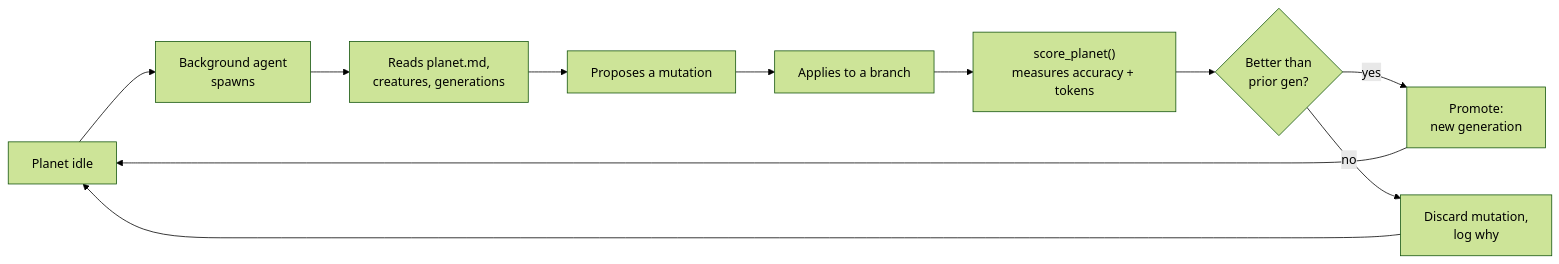
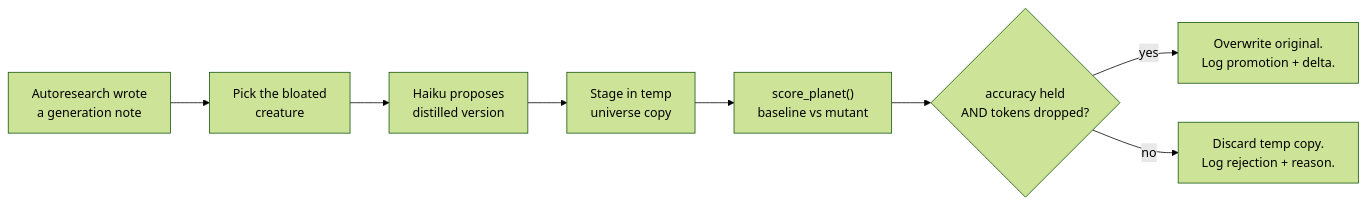
The fourth of 4 diagrams in README.md (smammadov1994/cosmocache), drawn with Mermaid (forest theme) before and after one commit. The commit also changed other lines of this file and 3 other files, not shown here.

````diff
--- a/README.md
+++ b/README.md
@@ -320,13 +320,10 @@
 ```mermaid
 flowchart LR
-    Idle[Planet idle] --> Spawn[Background agent<br/>spawns]
-    Spawn --> Read[Reads planet.md,<br/>creatures, generations]
-    Read --> Propose[Proposes a mutation]
-    Propose --> Apply[Applies to a branch]
-    Apply --> Score[score_planet#40;#41;<br/>measures accuracy + tokens]
-    Score --> Better{Better than<br/>prior gen?}
-    Better -->|yes| Promote[Promote:<br/>new generation]
-    Better -->|no| Revert[Discard mutation,<br/>log why]
-    Promote --> Idle
-    Revert --> Idle
+    Auto[Autoresearch wrote<br/>a generation note] --> Pick[Pick the bloated<br/>creature]
+    Pick --> Propose[Haiku proposes<br/>distilled version]
+    Propose --> Stage[Stage in temp<br/>universe copy]
+    Stage --> Score[score_planet#40;#41;<br/>baseline vs mutant]
+    Score --> Gate{accuracy held<br/>AND tokens dropped?}
+    Gate -->|yes| Promote[Overwrite original.<br/>Log promotion + delta.]
+    Gate -->|no| Revert[Discard temp copy.<br/>Log rejection + reason.]
 ```
````
